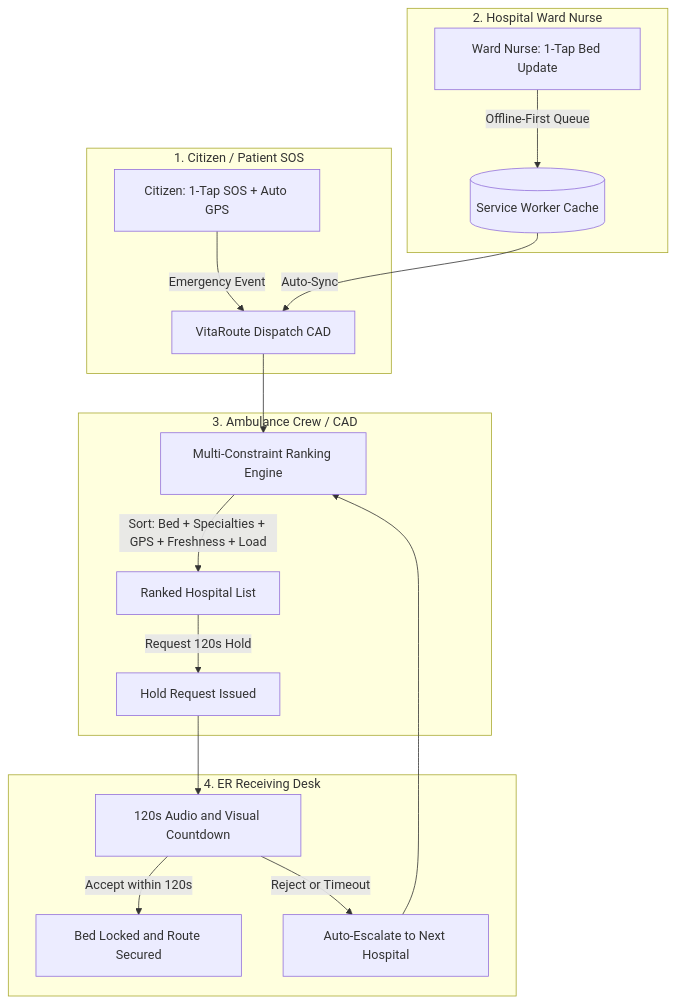
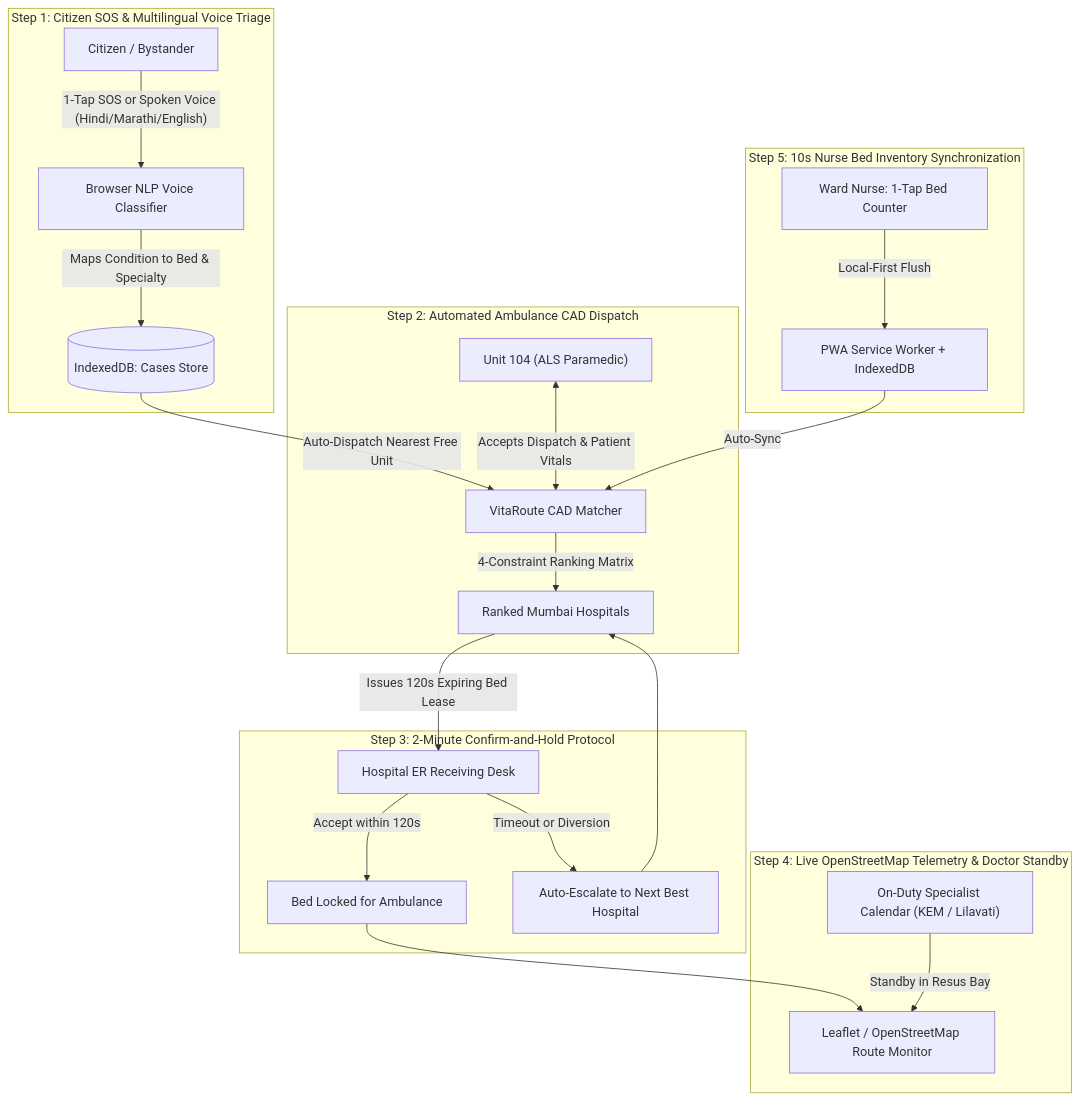
One commit to bahuli1203/T47-VitaRoute changed the diagram in README.md. Above: the diagram before and after it, drawn with Mermaid. The commit also changed other lines of this file and 10 other files, not shown here.

Commit message:
feat: IndexedDB case persistence, real Mumbai hospital network, dedicated Sign In modal, and updated README

````diff
--- a/README.md
+++ b/README.md
@@ -44,24 +45,30 @@
 ```mermaid
 flowchart TD
-    subgraph Citizen["1. Citizen / Patient SOS"]
-        C[Citizen: 1-Tap SOS + Auto GPS] -->|Emergency Event| CAD[VitaRoute Dispatch CAD]
+    subgraph S1["Step 1: Citizen SOS & Multilingual Voice Triage"]
+        C1["Citizen / Bystander"] -->|"1-Tap SOS or Spoken Voice (Hindi/Marathi/English)"| NLP["Browser NLP Voice Classifier"]
+        NLP -->|"Maps Condition to Bed & Specialty"| IDB1[("IndexedDB: Cases Store")]
     end
 
-    subgraph HospitalNurse["2. Hospital Ward Nurse"]
-        N[Ward Nurse: 1-Tap Bed Update] -->|Offline-First Queue| PWA[(Service Worker Cache)]
-        PWA -->|Auto-Sync| CAD
+    subgraph S2["Step 2: Automated Ambulance CAD Dispatch"]
+        IDB1 -->|"Auto-Dispatch Nearest Free Unit"| CAD["VitaRoute CAD Matcher"]
+        AMB["Unit 104 (ALS Paramedic)"] <-->|"Accepts Dispatch & Patient Vitals"| CAD
+        CAD -->|"4-Constraint Ranking Matrix"| RANK["Ranked Mumbai Hospitals"]
     end
 
-    subgraph Paramedics["3. Ambulance Crew / CAD"]
-        CAD --> Rank[Multi-Constraint Ranking Engine]
-        Rank -->|Sort: Bed + Specialties + GPS + Freshness + Load| Match[Ranked Hospital List]
-        Match -->|Request 120s Hold| Hold[Hold Request Issued]
+    subgraph S3["Step 3: 2-Minute Confirm-and-Hold Protocol"]
+        RANK -->|"Issues 120s Expiring Bed Lease"| ER["Hospital ER Receiving Desk"]
+        ER -->|"Accept within 120s"| LOCK["Bed Locked for Ambulance"]
+        ER -->|"Timeout or Diversion"| ESC["Auto-Escalate to Next Best Hospital"]
+        ESC --> RANK
     end
 
-    subgraph ERDesk["4. ER Receiving Desk"]
-        Hold --> ER[120s Audio and Visual Countdown]
-        ER -->|Accept within 120s| Lock[Bed Locked and Route Secured]
-        ER -->|Reject or Timeout| Esc[Auto-Escalate to Next Hospital]
-        Esc --> Rank
+    subgraph S4["Step 4: Live OpenStreetMap Telemetry & Doctor Standby"]
+        LOCK --> MAP["Leaflet / OpenStreetMap Route Monitor"]
+        DOC["On-Duty Specialist Calendar (KEM / Lilavati)"] -->|"Standby in Resus Bay"| MAP
+    end
+
+    subgraph S5["Step 5: 10s Nurse Bed Inventory Synchronization"]
+        NURSE["Ward Nurse: 1-Tap Bed Counter"] -->|"Local-First Flush"| PWA["PWA Service Worker + IndexedDB"]
+        PWA -->|"Auto-Sync"| CAD
     end
 ```
````
